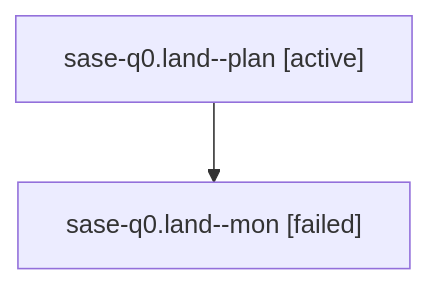
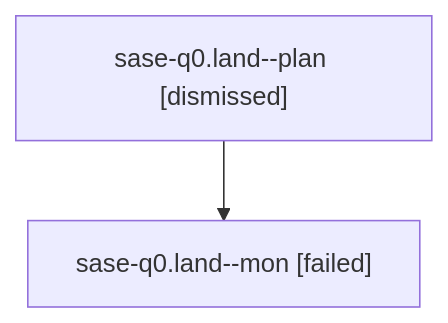
Before and after one commit to sase-org/sase--agents: the diagram in sessions/bbugyi200.athena.sase-q0.land.md, drawn with Mermaid. The commit also changed other lines of this file and 58 other files, not shown here.

````diff
--- a/sessions/bbugyi200.athena.sase-q0.land.md
+++ b/sessions/bbugyi200.athena.sase-q0.land.md
@@ -9,6 +9,6 @@
 ```mermaid
 flowchart TD
-  n0["sase-q0.land--plan [active]"]
+  n0["sase-q0.land--plan [dismissed]"]
   n1["sase-q0.land--mon [failed]"]
   n0 --> n1
 ```
````
